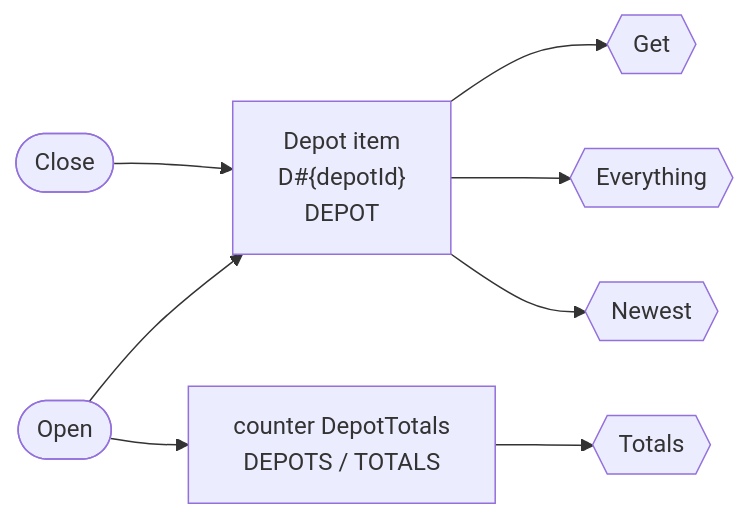
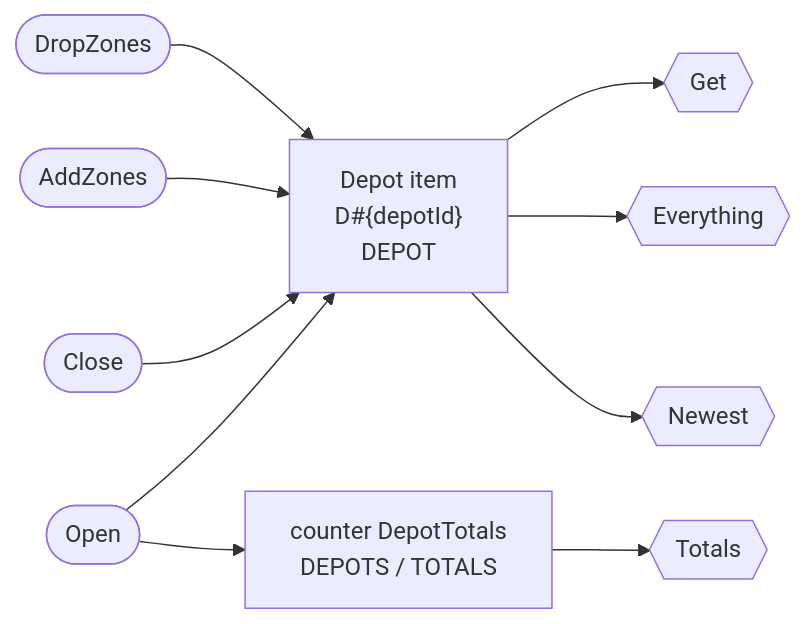
The sixth of 9 diagrams in internal/e2e/fixture/fixture.model.md (nicklanng/dynago), drawn with Mermaid before and after one commit. The commit also changed other lines of this file and 20 other files, not shown here.

````diff
--- a/internal/e2e/fixture/fixture.model.md
+++ b/internal/e2e/fixture/fixture.model.md
@@ -379,17 +385,21 @@
 ```mermaid
 flowchart LR
   item_Depot["Depot item<br/>D#35;{depotId}<br/>DEPOT"]
   counter_DepotTotals["counter DepotTotals<br/>DEPOTS / TOTALS"]
   w_Open(["Open"])
   w_Open --> item_Depot & counter_DepotTotals
   w_Close(["Close"])
   w_Close --> item_Depot
+  w_AddZones(["AddZones"])
+  w_AddZones --> item_Depot
+  w_DropZones(["DropZones"])
+  w_DropZones --> item_Depot
   r_Get{{"Get"}}
   item_Depot --> r_Get
   r_Totals{{"Totals"}}
   counter_DepotTotals --> r_Totals
   r_Everything{{"Everything"}}
   item_Depot --> r_Everything
   r_Newest{{"Newest"}}
   item_Depot --> r_Newest
 ```
````
